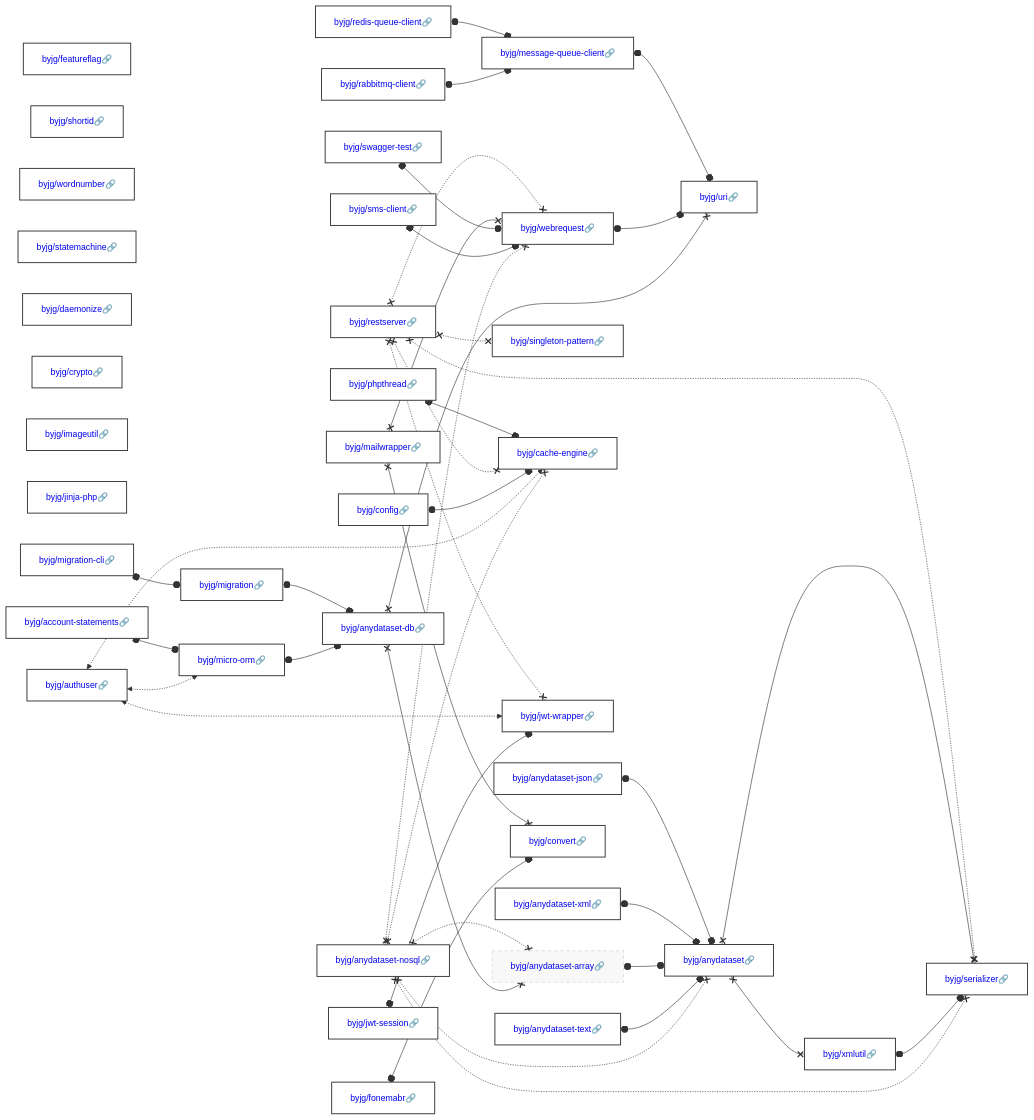
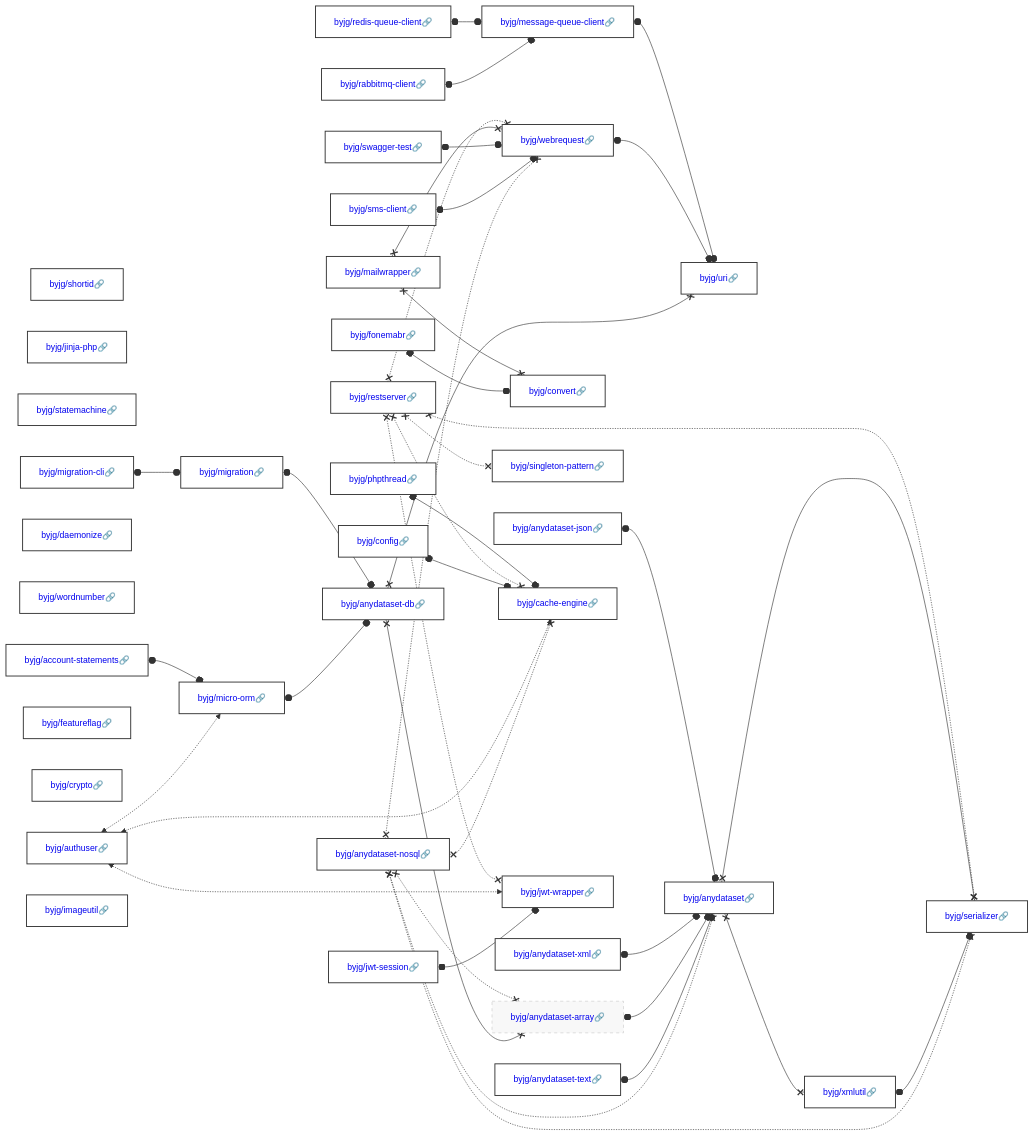
The diagram in docs/php/README.md (byjg/byjg.github.io), drawn with Mermaid before and after one commit. The commit also changed other lines of this file, not shown here.

Commit message:
Update documentation 'php' 'php-migration'

````diff
--- a/docs/php/README.md
+++ b/docs/php/README.md
@@ -3,38 +3,38 @@
 ```mermaid
 graph LR;
-  byjg/anydataset-nosql[<a href='https://opensource.byjg.com/docs/php/anydataset-nosql' style='text-decoration:none'>byjg/anydataset-nosql🔗</a>];
-  byjg/sms-client[<a href='https://opensource.byjg.com/docs/php/sms-client' style='text-decoration:none'>byjg/sms-client🔗</a>];
-  byjg/featureflag[<a href='https://opensource.byjg.com/docs/php/featureflag' style='text-decoration:none'>byjg/featureflag🔗</a>];
   byjg/shortid[<a href='https://opensource.byjg.com/docs/php/shortid' style='text-decoration:none'>byjg/shortid🔗</a>];
+  byjg/swagger-test[<a href='https://opensource.byjg.com/docs/php/swagger-test' style='text-decoration:none'>byjg/swagger-test🔗</a>];
+  byjg/fonemabr[<a href='https://opensource.byjg.com/docs/php/fonemabr' style='text-decoration:none'>byjg/fonemabr🔗</a>];
+  byjg/config[<a href='https://opensource.byjg.com/docs/php/config' style='text-decoration:none'>byjg/config🔗</a>];
+  byjg/anydataset-xml[<a href='https://opensource.byjg.com/docs/php/anydataset-xml' style='text-decoration:none'>byjg/anydataset-xml🔗</a>];
+  byjg/jinja-php[<a href='https://opensource.byjg.com/docs/php/jinja-php' style='text-decoration:none'>byjg/jinja-php🔗</a>];
+  byjg/statemachine[<a href='https://opensource.byjg.com/docs/php/statemachine' style='text-decoration:none'>byjg/statemachine🔗</a>];
+  byjg/mailwrapper[<a href='https://opensource.byjg.com/docs/php/mailwrapper' style='text-decoration:none'>byjg/mailwrapper🔗</a>];
+  byjg/anydataset-text[<a href='https://opensource.byjg.com/docs/php/anydataset-text' style='text-decoration:none'>byjg/anydataset-text🔗</a>];
+  byjg/account-statements[<a href='https://opensource.byjg.com/docs/php/account-statements' style='text-decoration:none'>byjg/account-statements🔗</a>];
+  byjg/redis-queue-client[<a href='https://opensource.byjg.com/docs/php/redis-queue-client' style='text-decoration:none'>byjg/redis-queue-client🔗</a>];
+  byjg/daemonize[<a href='https://opensource.byjg.com/docs/php/daemonize' style='text-decoration:none'>byjg/daemonize🔗</a>];
   byjg/wordnumber[<a href='https://opensource.byjg.com/docs/php/wordnumber' style='text-decoration:none'>byjg/wordnumber🔗</a>];
-  byjg/phpthread[<a href='https://opensource.byjg.com/docs/php/phpthread' style='text-decoration:none'>byjg/phpthread🔗</a>];
-  byjg/statemachine[<a href='https://opensource.byjg.com/docs/php/statemachine' style='text-decoration:none'>byjg/statemachine🔗</a>];
-  byjg/restserver[<a href='https://opensource.byjg.com/docs/php/restserver' style='text-decoration:none'>byjg/restserver🔗</a>];
-  byjg/daemonize[<a href='https://opensource.byjg.com/docs/php/daemonize' style='text-decoration:none'>byjg/daemonize🔗</a>];
-  byjg/crypto[<a href='https://opensource.byjg.com/docs/php/crypto' style='text-decoration:none'>byjg/crypto🔗</a>];
-  byjg/imageutil[<a href='https://opensource.byjg.com/docs/php/imageutil' style='text-decoration:none'>byjg/imageutil🔗</a>];
-  byjg/mailwrapper[<a href='https://opensource.byjg.com/docs/php/mailwrapper' style='text-decoration:none'>byjg/mailwrapper🔗</a>];
-  byjg/jinja-php[<a href='https://opensource.byjg.com/docs/php/jinja-php' style='text-decoration:none'>byjg/jinja-php🔗</a>];
-  byjg/config[<a href='https://opensource.byjg.com/docs/php/config' style='text-decoration:none'>byjg/config🔗</a>];
-  byjg/anydataset-text[<a href='https://opensource.byjg.com/docs/php/anydataset-text' style='text-decoration:none'>byjg/anydataset-text🔗</a>];
-  byjg/anydataset-json[<a href='https://opensource.byjg.com/docs/php/anydataset-json' style='text-decoration:none'>byjg/anydataset-json🔗</a>];
-  byjg/swagger-test[<a href='https://opensource.byjg.com/docs/php/swagger-test' style='text-decoration:none'>byjg/swagger-test🔗</a>];
-  byjg/anydataset-xml[<a href='https://opensource.byjg.com/docs/php/anydataset-xml' style='text-decoration:none'>byjg/anydataset-xml🔗</a>];
-  byjg/authuser[<a href='https://opensource.byjg.com/docs/php/authuser' style='text-decoration:none'>byjg/authuser🔗</a>];
   byjg/jwt-session[<a href='https://opensource.byjg.com/docs/php/jwt-session' style='text-decoration:none'>byjg/jwt-session🔗</a>];
   byjg/migration-cli[<a href='https://opensource.byjg.com/docs/php/migration-cli' style='text-decoration:none'>byjg/migration-cli🔗</a>];
-  byjg/account-statements[<a href='https://opensource.byjg.com/docs/php/account-statements' style='text-decoration:none'>byjg/account-statements🔗</a>];
-  byjg/redis-queue-client[<a href='https://opensource.byjg.com/docs/php/redis-queue-client' style='text-decoration:none'>byjg/redis-queue-client🔗</a>];
+  byjg/sms-client[<a href='https://opensource.byjg.com/docs/php/sms-client' style='text-decoration:none'>byjg/sms-client🔗</a>];
+  byjg/anydataset-nosql[<a href='https://opensource.byjg.com/docs/php/anydataset-nosql' style='text-decoration:none'>byjg/anydataset-nosql🔗</a>];
   byjg/rabbitmq-client[<a href='https://opensource.byjg.com/docs/php/rabbitmq-client' style='text-decoration:none'>byjg/rabbitmq-client🔗</a>];
-  byjg/fonemabr[<a href='https://opensource.byjg.com/docs/php/fonemabr' style='text-decoration:none'>byjg/fonemabr🔗</a>];
+  byjg/phpthread[<a href='https://opensource.byjg.com/docs/php/phpthread' style='text-decoration:none'>byjg/phpthread🔗</a>];
+  byjg/featureflag[<a href='https://opensource.byjg.com/docs/php/featureflag' style='text-decoration:none'>byjg/featureflag🔗</a>];
+  byjg/crypto[<a href='https://opensource.byjg.com/docs/php/crypto' style='text-decoration:none'>byjg/crypto🔗</a>];
+  byjg/restserver[<a href='https://opensource.byjg.com/docs/php/restserver' style='text-decoration:none'>byjg/restserver🔗</a>];
+  byjg/authuser[<a href='https://opensource.byjg.com/docs/php/authuser' style='text-decoration:none'>byjg/authuser🔗</a>];
+  byjg/anydataset-json[<a href='https://opensource.byjg.com/docs/php/anydataset-json' style='text-decoration:none'>byjg/anydataset-json🔗</a>];
+  byjg/imageutil[<a href='https://opensource.byjg.com/docs/php/imageutil' style='text-decoration:none'>byjg/imageutil🔗</a>];
+  byjg/convert[<a href='https://opensource.byjg.com/docs/php/convert' style='text-decoration:none'>byjg/convert🔗</a>];
+  byjg/migration[<a href='https://opensource.byjg.com/docs/php/migration' style='text-decoration:none'>byjg/migration🔗</a>];
+  byjg/message-queue-client[<a href='https://opensource.byjg.com/docs/php/message-queue-client' style='text-decoration:none'>byjg/message-queue-client🔗</a>];
   byjg/singleton-pattern[<a href='https://opensource.byjg.com/docs/php/singleton-pattern' style='text-decoration:none'>byjg/singleton-pattern🔗</a>];
   byjg/webrequest[<a href='https://opensource.byjg.com/docs/php/webrequest' style='text-decoration:none'>byjg/webrequest🔗</a>];
+  byjg/micro-orm[<a href='https://opensource.byjg.com/docs/php/micro-orm' style='text-decoration:none'>byjg/micro-orm🔗</a>];
   byjg/cache-engine[<a href='https://opensource.byjg.com/docs/php/cache-engine' style='text-decoration:none'>byjg/cache-engine🔗</a>];
   byjg/jwt-wrapper[<a href='https://opensource.byjg.com/docs/php/jwt-wrapper' style='text-decoration:none'>byjg/jwt-wrapper🔗</a>];
-  byjg/migration[<a href='https://opensource.byjg.com/docs/php/migration' style='text-decoration:none'>byjg/migration🔗</a>];
-  byjg/micro-orm[<a href='https://opensource.byjg.com/docs/php/micro-orm' style='text-decoration:none'>byjg/micro-orm🔗</a>];
-  byjg/message-queue-client[<a href='https://opensource.byjg.com/docs/php/message-queue-client' style='text-decoration:none'>byjg/message-queue-client🔗</a>];
-  byjg/convert[<a href='https://opensource.byjg.com/docs/php/convert' style='text-decoration:none'>byjg/convert🔗</a>];
   byjg/anydataset-db[<a href='https://opensource.byjg.com/docs/php/anydataset-db' style='text-decoration:none'>byjg/anydataset-db🔗</a>];
   byjg/anydataset-array[<a href='https://opensource.byjg.com/docs/php/anydataset-array' style='text-decoration:none'>byjg/anydataset-array🔗</a>];
   byjg/uri[<a href='https://opensource.byjg.com/docs/php/uri' style='text-decoration:none'>byjg/uri🔗</a>];
````
